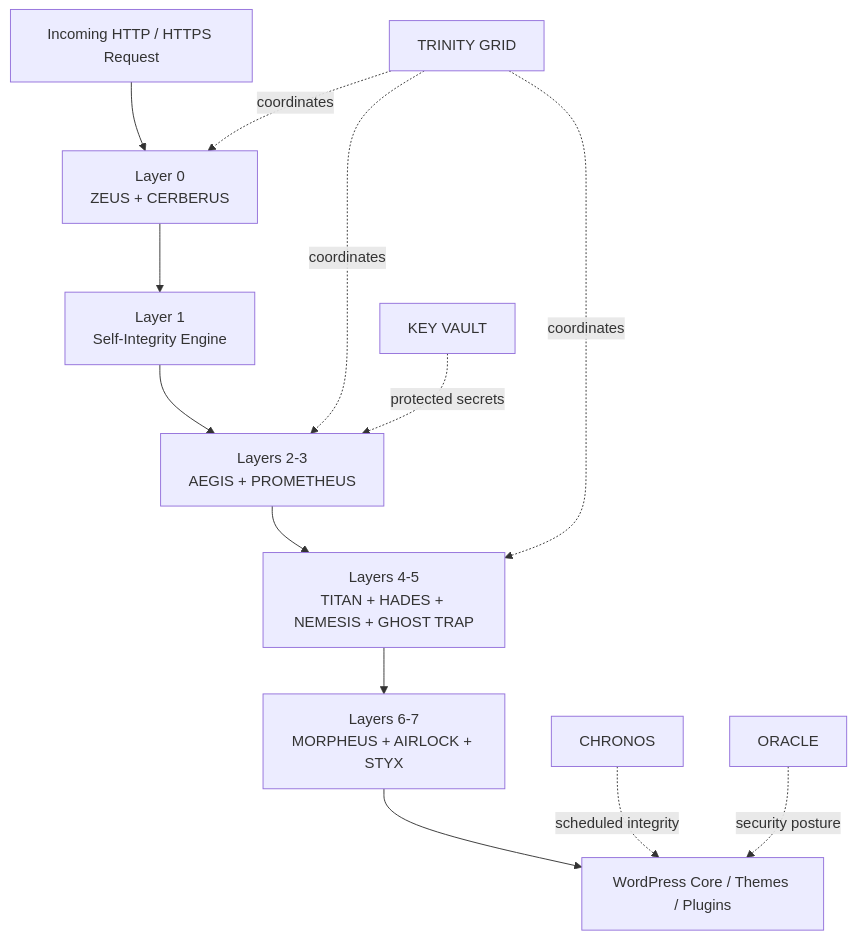
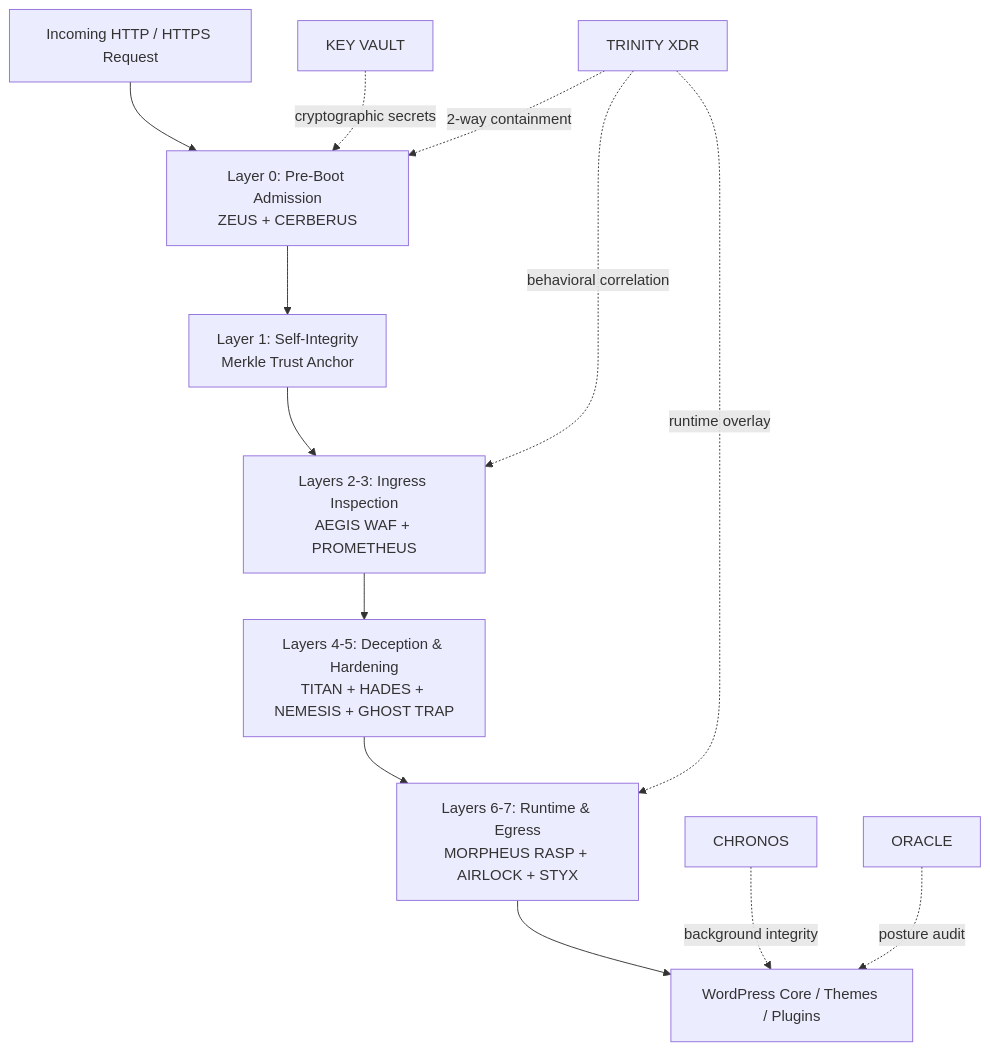
Before and after one commit to visiongaiatechnology/gedefensewp: the diagram in README.md, drawn with Mermaid. The commit also changed other lines of this file and 171 other files, not shown here.

Commit message:
feat(release): v8.1.0 - Cyber HUD Dashboard Overhaul, Trinity XDR Actuators, Security Center & Handbooks

````diff
--- a/README.md
+++ b/README.md
@@ -93,19 +199,19 @@
 ```mermaid
 flowchart TD
     A[Incoming HTTP / HTTPS Request]
 
-    A --> L0[Layer 0<br/>ZEUS + CERBERUS]
-    L0 --> L1[Layer 1<br/>Self-Integrity Engine]
-    L1 --> L23[Layers 2-3<br/>AEGIS + PROMETHEUS]
-    L23 --> L45[Layers 4-5<br/>TITAN + HADES + NEMESIS + GHOST TRAP]
-    L45 --> L67[Layers 6-7<br/>MORPHEUS + AIRLOCK + STYX]
+    A --> L0[Layer 0: Pre-Boot Admission<br/>ZEUS + CERBERUS]
+    L0 --> L1[Layer 1: Self-Integrity<br/>Merkle Trust Anchor]
+    L1 --> L23[Layers 2-3: Ingress Inspection<br/>AEGIS WAF + PROMETHEUS]
+    L23 --> L45[Layers 4-5: Deception & Hardening<br/>TITAN + HADES + NEMESIS + GHOST TRAP]
+    L45 --> L67[Layers 6-7: Runtime & Egress<br/>MORPHEUS RASP + AIRLOCK + STYX]
     L67 --> WP[WordPress Core / Themes / Plugins]
 
-    PROM[TRINITY GRID] -. coordinates .-> L0
-    PROM -. coordinates .-> L23
-    PROM -. coordinates .-> L45
+    XDR[TRINITY XDR] -. 2-way containment .-> L0
+    XDR -. behavioral correlation .-> L23
+    XDR -. runtime overlay .-> L67
 
-    CHR[CHRONOS] -. scheduled integrity .-> WP
-    ORA[ORACLE] -. security posture .-> WP
-    VLT[KEY VAULT] -. protected secrets .-> L23
+    CHR[CHRONOS] -. background integrity .-> WP
+    ORA[ORACLE] -. posture audit .-> WP
+    VLT[KEY VAULT] -. cryptographic secrets .-> L0
 ```
````
